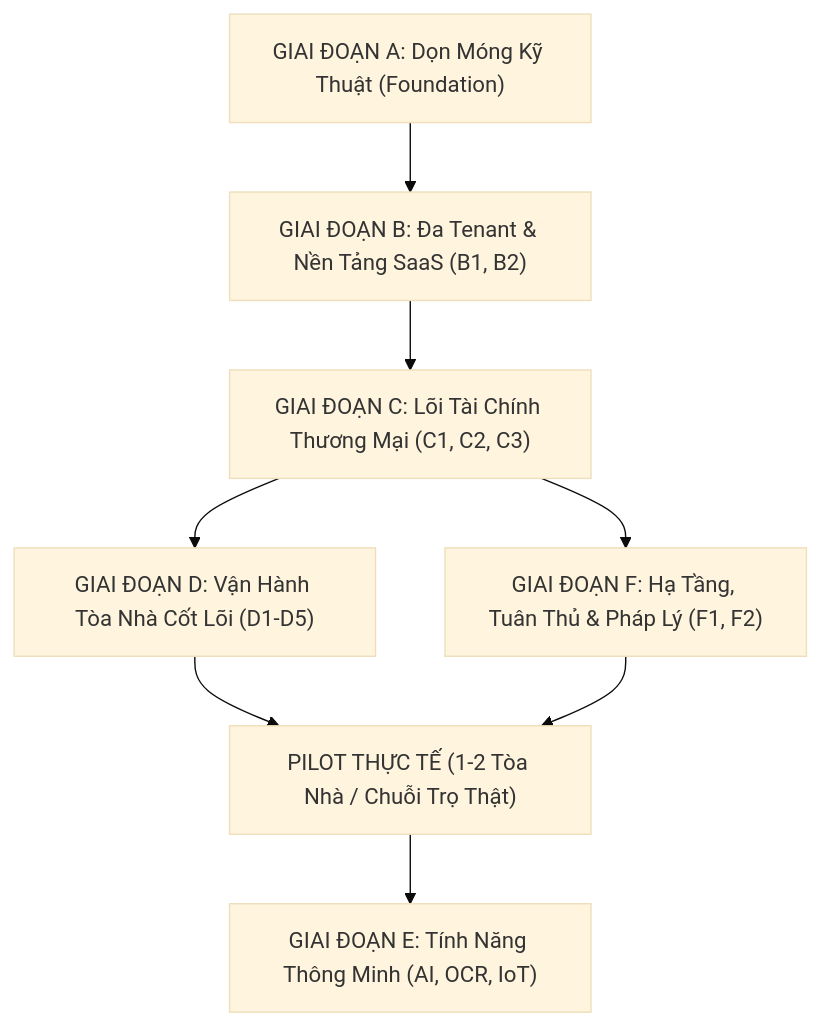
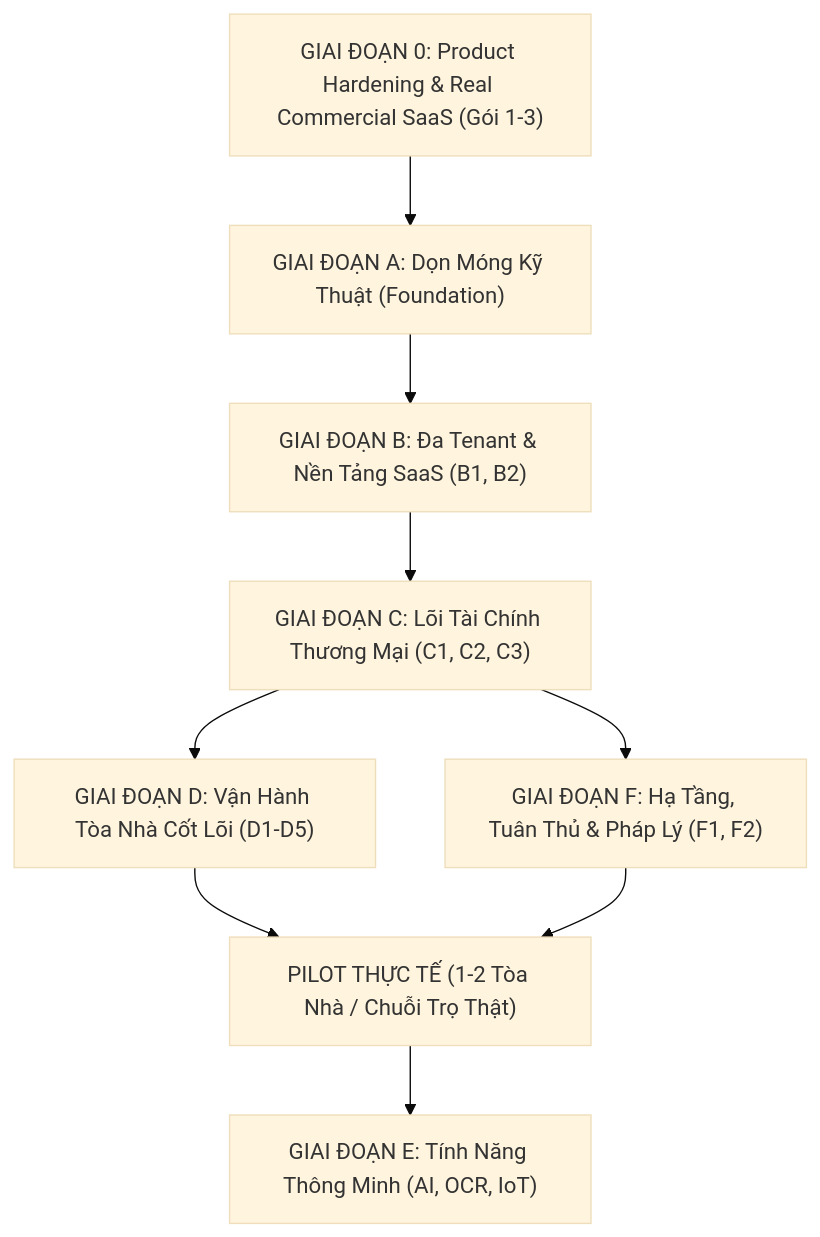
Before and after one commit to PVM-05/PKA-Home: the diagram in docs/COMMERCIAL_PRODUCT_ROADMAP.md, drawn with Mermaid (base theme). The commit also changed other lines of this file and 5 other files, not shown here.

````diff
--- a/docs/COMMERCIAL_PRODUCT_ROADMAP.md
+++ b/docs/COMMERCIAL_PRODUCT_ROADMAP.md
@@ -24,18 +25,20 @@
 ```mermaid
 graph TD
+    Phase0["GIAI ĐOẠN 0: Product Hardening & Real Commercial SaaS (Gói 1-3)"]
     PhaseA["GIAI ĐOẠN A: Dọn Móng Kỹ Thuật (Foundation)"]
     PhaseB["GIAI ĐOẠN B: Đa Tenant & Nền Tảng SaaS (B1, B2)"]
     PhaseC["GIAI ĐOẠN C: Lõi Tài Chính Thương Mại (C1, C2, C3)"]
     PhaseD["GIAI ĐOẠN D: Vận Hành Tòa Nhà Cốt Lõi (D1-D5)"]
     PhaseF["GIAI ĐOẠN F: Hạ Tầng, Tuân Thủ & Pháp Lý (F1, F2)"]
     Pilot["PILOT THỰC TẾ (1-2 Tòa Nhà / Chuỗi Trọ Thật)"]
     PhaseE["GIAI ĐOẠN E: Tính Năng Thông Minh (AI, OCR, IoT)"]
 
+    Phase0 --> PhaseA
     PhaseA --> PhaseB
     PhaseB --> PhaseC
     PhaseC --> PhaseD
     PhaseC --> PhaseF
     PhaseD --> Pilot
     PhaseF --> Pilot
     Pilot --> PhaseE
 ```
````
